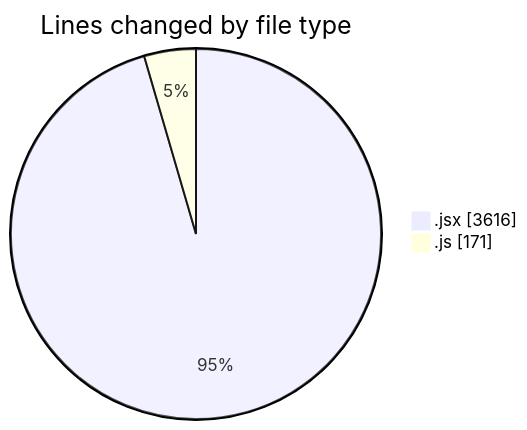
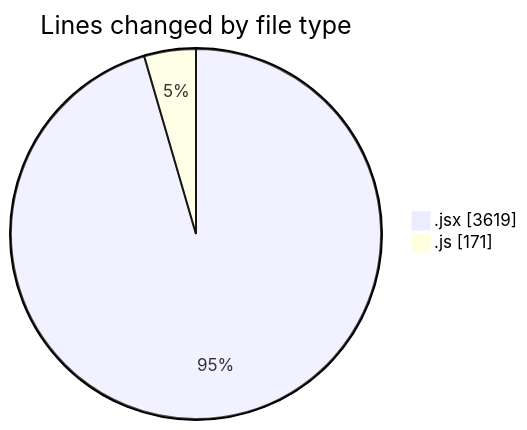
One commit to nxtqubesakshisongat/code-tracking changed the first of 2 diagrams in 2025-07-09/argos/README.md. Above: the diagram before and after it, drawn with Mermaid. The commit also changed other lines of this file and 1 other file, not shown here.

````diff
--- a/2025-07-09/argos/README.md
+++ b/2025-07-09/argos/README.md
@@ -24,6 +24,6 @@
 ```mermaid
 pie showData
 title Lines changed by file type
-".jsx" : 3616
+".jsx" : 3619
 ".js" : 171
 ```
````
